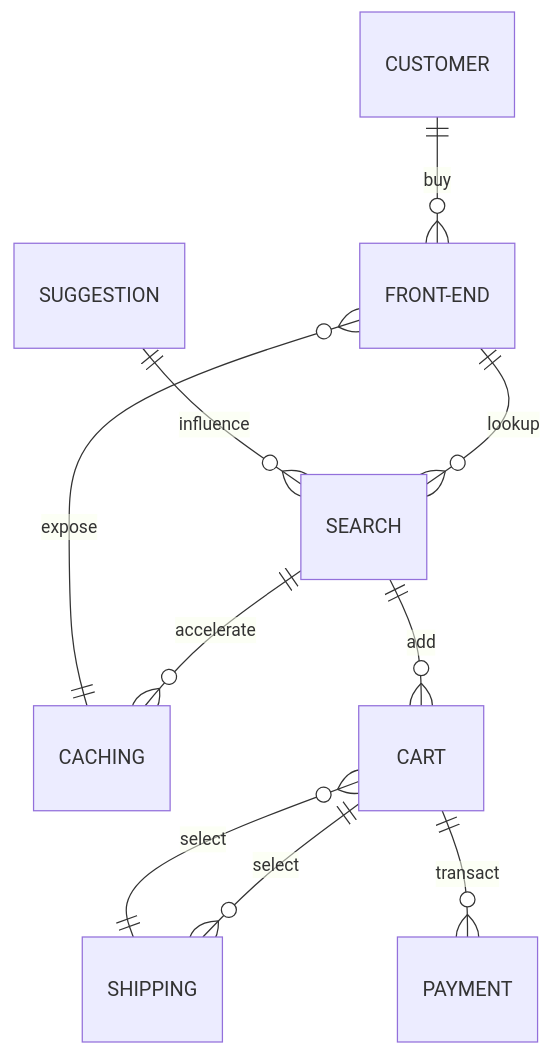
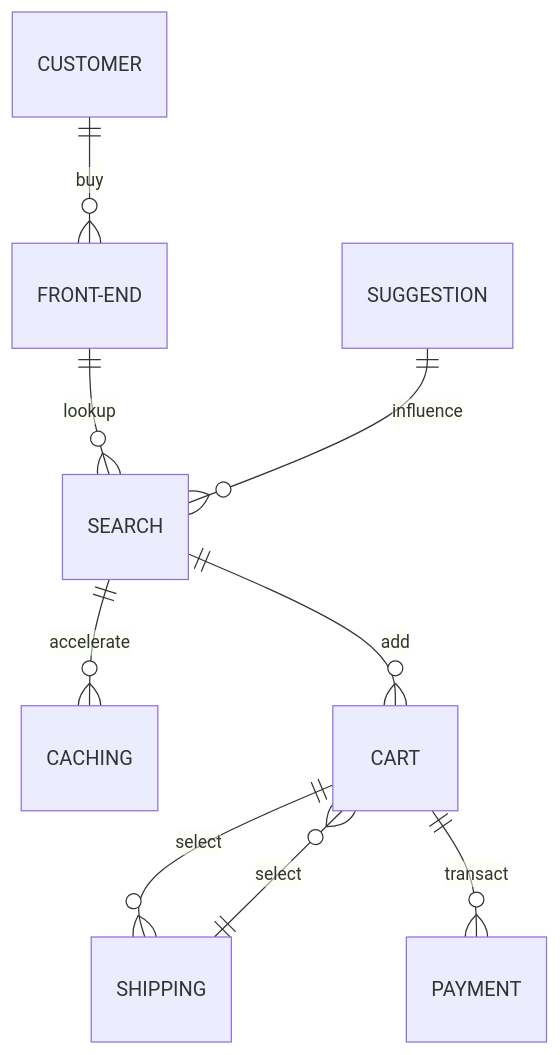
Before and after one commit to beezy-cloud/project-pancake: the second of 2 diagrams in docs/concepts.md, drawn with Mermaid.

````diff
--- a/docs/concepts.md
+++ b/docs/concepts.md
@@ -62,12 +62,11 @@
 ```mermaid
    erDiagram
    CUSTOMER ||--o{ FRONT-END : buy
    FRONT-END ||--o{ SEARCH : lookup
    SUGGESTION ||--o{ SEARCH : influence
    SEARCH ||--o{ CACHING : accelerate
-   CACHING ||--o{ FRONT-END: expose
    SEARCH ||--o{ CART : add
    CART ||--o{ SHIPPING : select
    SHIPPING ||--o{ CART : select
    CART ||--o{ PAYMENT : transact
 ```
````
